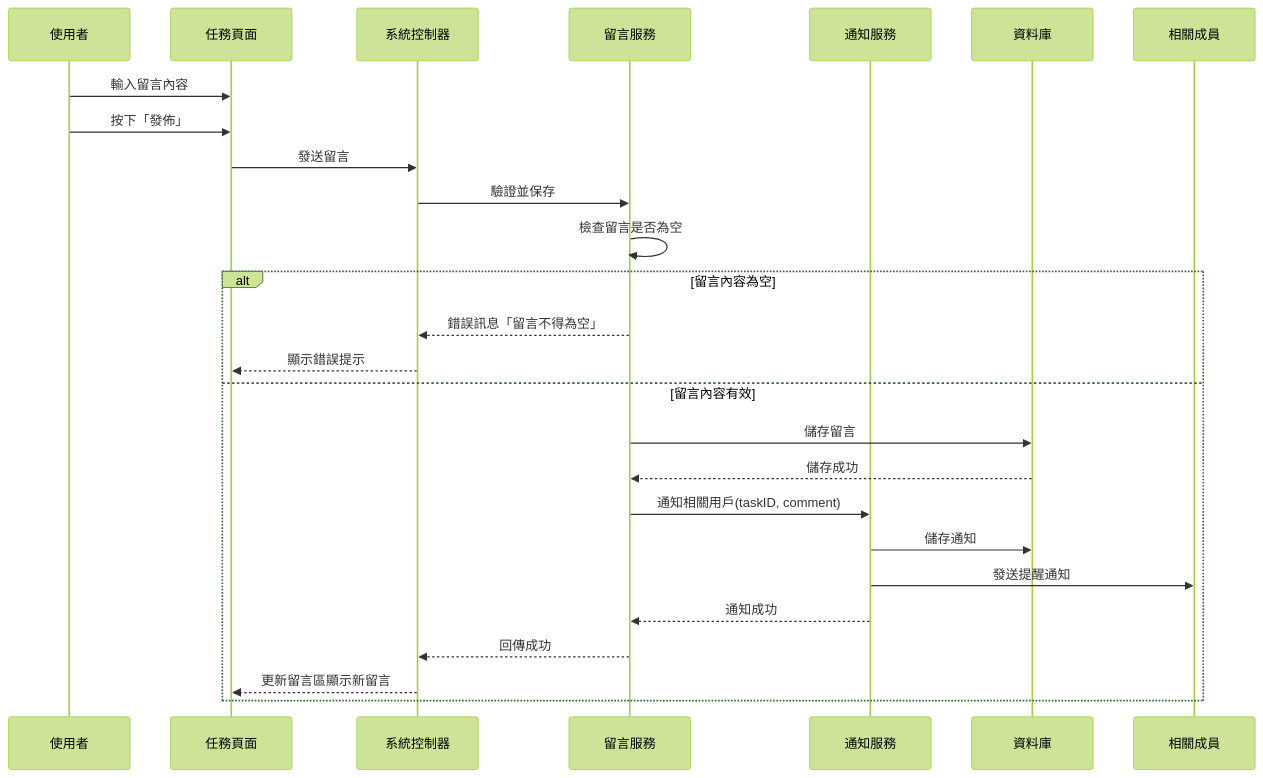
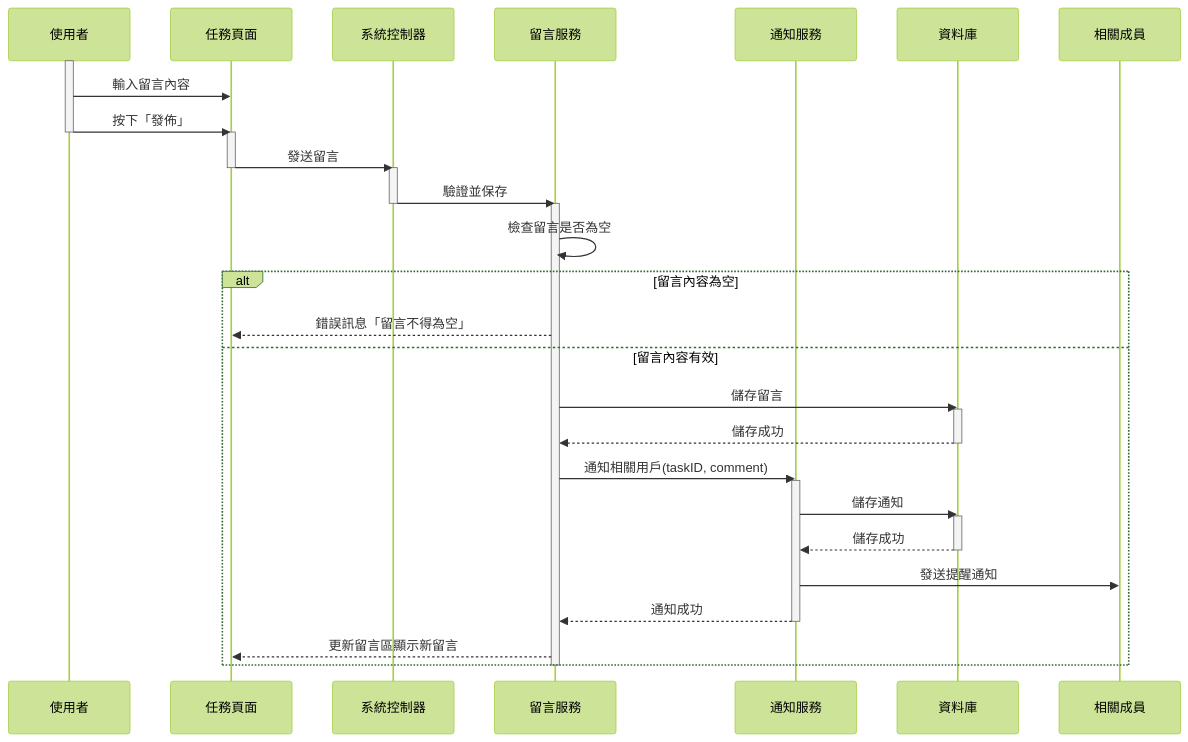
Before and after one commit to zhuang147/Task-Management: the third of 4 diagrams in hw5.md, drawn with Mermaid (forest theme).

````diff
--- a/hw5.md
+++ b/hw5.md
@@ -50,30 +50,49 @@
 ```mermaid
 sequenceDiagram
     participant U as 使用者
     participant UI as 任務頁面
     participant C as 系統控制器
     participant CS as 留言服務
     participant NS as 通知服務
     participant DB as 資料庫
 
     %% --- 主要流程 ---
+    activate U
     U ->> UI: 輸入留言內容
     U ->> UI: 按下「發佈」
+    deactivate U
+
+    activate UI
     UI ->> C: 發送留言
+    deactivate UI
+
+    activate C
     C ->> CS: 驗證並保存
+    deactivate C
+
+    activate CS
     CS ->> CS: 檢查留言是否為空
 
     alt 留言內容為空
-        CS -->> C: 錯誤訊息「留言不得為空」
-        C -->> UI: 顯示錯誤提示
+        CS -->> UI: 錯誤訊息「留言不得為空」
     else 留言內容有效
         CS ->> DB: 儲存留言
+        activate DB
         DB -->> CS: 儲存成功
+        deactivate DB
+
         CS ->> NS: 通知相關用戶(taskID, comment)
+        activate NS
         NS ->> DB: 儲存通知
+        activate DB
+        DB -->> NS: 儲存成功
+        deactivate DB
+
         NS ->> 相關成員: 發送提醒通知
         NS -->> CS: 通知成功
-        CS -->> C: 回傳成功
-        C -->> UI: 更新留言區顯示新留言
+        deactivate NS
+
+        CS -->> UI: 更新留言區顯示新留言
     end
+    deactivate CS
 ```
````
